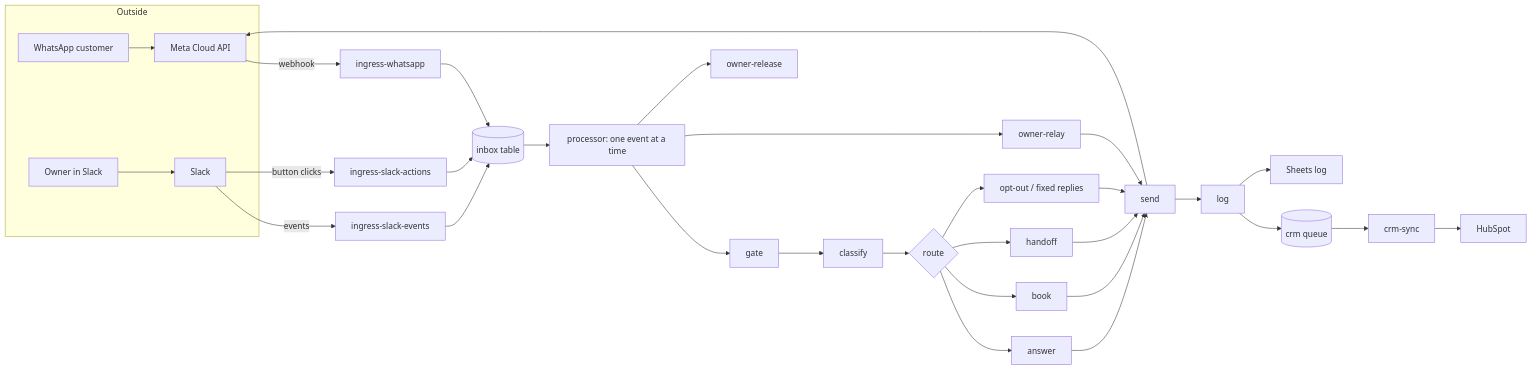
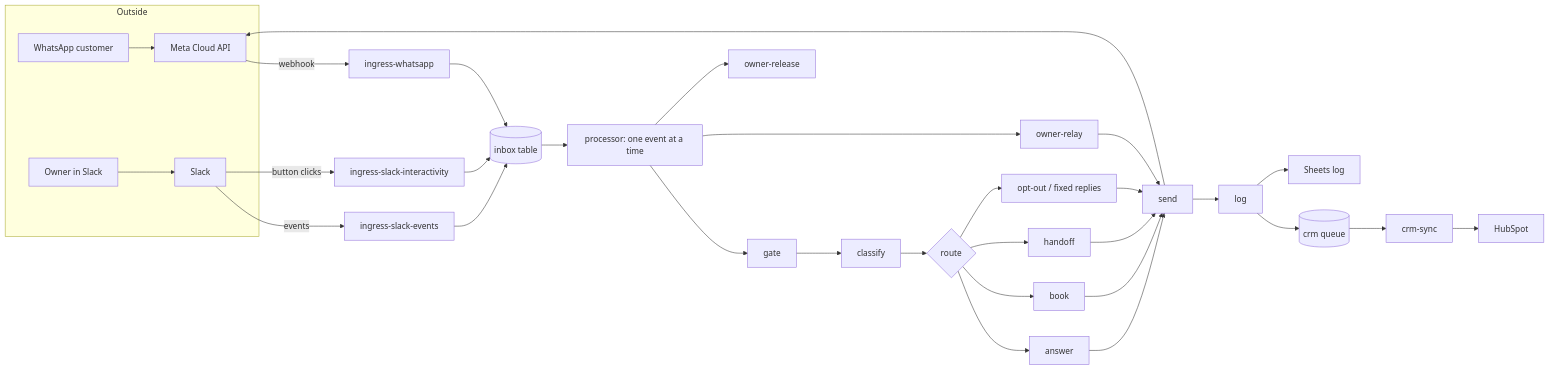
Before and after one commit to YomYom23/n8n-whatsapp-agent: the diagram in design_draft.md, drawn with Mermaid. The commit also changed other lines of this file and 1 other file, not shown here.

````diff
--- a/design_draft.md
+++ b/design_draft.md
@@ -133,32 +133,32 @@
 ```mermaid
 flowchart LR
   subgraph Outside
     WA[WhatsApp customer] --> Meta[Meta Cloud API]
     Owner[Owner in Slack] --> Slack[Slack]
   end
   Meta -->|webhook| IW[ingress-whatsapp]
   Slack -->|events| IS[ingress-slack-events]
-  Slack -->|button clicks| II[ingress-slack-actions]
+  Slack -->|button clicks| II[ingress-slack-interactivity]
   IW --> Inbox[(inbox table)]
   IS --> Inbox
   II --> Inbox
   Inbox --> P[processor: one event at a time]
   P --> G[gate]
   G --> C[classify]
   C --> R{route}
   R --> A[answer]
   R --> B[book]
   R --> H[handoff]
   R --> O[opt-out / fixed replies]
   P --> OR[owner-relay]
   P --> REL[owner-release]
   A --> S[send]
   B --> S
   H --> S
   O --> S
   OR --> S
   S --> Meta
   S --> L[log]
   L --> CRM[(crm queue)] --> CS[crm-sync] --> HubSpot
   L --> SH[Sheets log]
 ```
````
